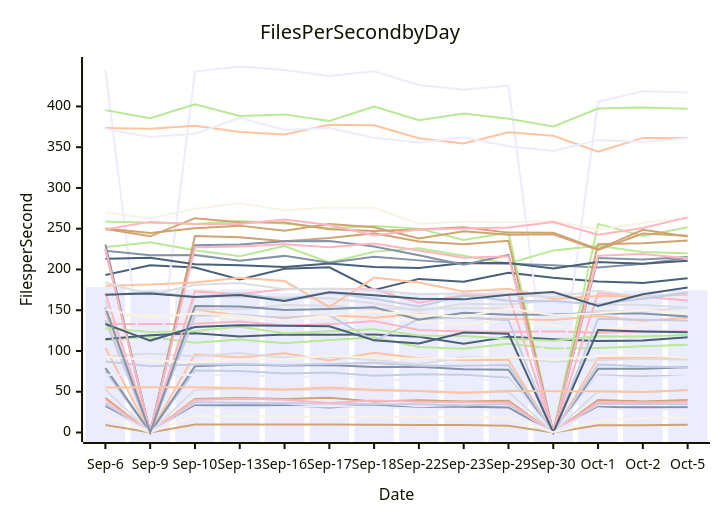
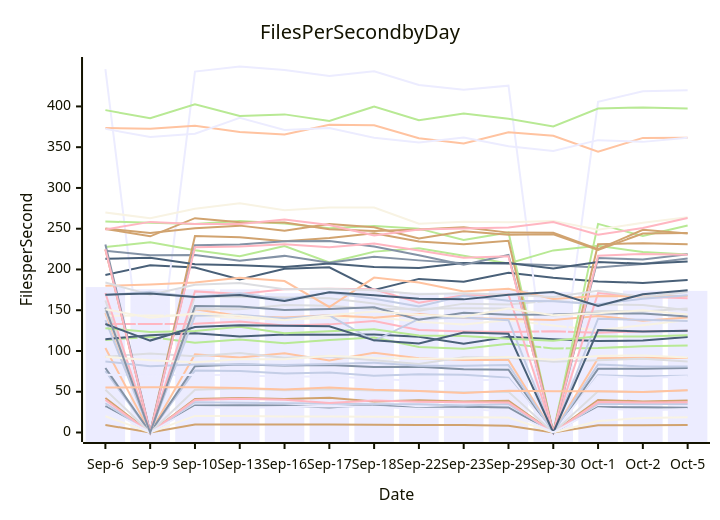
The diagram in perf-report.md (streetsidesoftware/cspell), drawn with Mermaid before and after one commit. The commit also changed other lines of this file and 1 other file, not shown here.

````diff
--- a/perf-report.md
+++ b/perf-report.md
@@ -10,56 +10,56 @@
 ```mermaid
 xychart-beta
     title Files Per Second by Day
     y-axis Files per Second
     x-axis Date [Sep-6, Sep-9, Sep-10, Sep-13, Sep-16, Sep-17, Sep-18, Sep-22, Sep-23, Sep-29, Sep-30, Oct-1, Oct-2, Oct-5]
-    bar [178.38, 175.73, 175.70, 175.56, 170.99, 174.42, 176.15, 171.49, 170.60, 174.68, 172.58, 170.62, 174.06, 174.48]
-    line [32.39, 0.00, 33.27, 33.48, 33.18, 30.65, 34.02, 29.87, 31.63, 30.68, 0.00, 31.32, 30.89, 31.02]
-    line [103.61, 0.00, 95.82, 91.96, 97.25, 88.47, 97.89, 91.06, 89.08, 89.06, 0.00, 90.96, 91.55, 90.80]
-    line [162.00, 0.00, 166.81, 166.56, 165.69, 164.68, 158.25, 149.51, 158.09, 156.96, 161.98, 156.93, 156.41, 153.42]
-    line [113.59, 117.23, 110.00, 114.04, 109.51, 113.51, 116.46, 104.81, 102.79, 108.89, 103.13, 103.52, 105.79, 107.59]
-    line [42.33, 0.00, 41.15, 42.24, 41.01, 42.53, 38.05, 39.43, 38.14, 38.94, 0.00, 39.96, 38.12, 39.88]
-    line [75.33, 0.00, 76.18, 75.30, 72.34, 73.59, 69.54, 71.59, 70.97, 67.35, 0.00, 70.29, 68.90, 69.52]
-    line [133.16, 133.12, 133.37, 136.08, 131.30, 132.64, 136.81, 125.88, 123.97, 123.26, 124.35, 122.36, 124.05, 124.16]
-    line [193.18, 205.21, 202.42, 187.59, 200.94, 202.64, 174.86, 188.42, 184.98, 195.97, 189.74, 185.35, 183.52, 189.11]
-    line [143.33, 143.38, 143.55, 140.59, 138.57, 140.62, 141.72, 135.93, 132.42, 137.90, 131.39, 125.40, 131.62, 136.38]
-    line [445.82, 0.00, 442.79, 448.98, 444.77, 437.29, 443.15, 426.39, 420.42, 425.42, 0.00, 405.76, 418.50, 416.96]
-    line [79.19, 0.00, 81.30, 83.34, 82.19, 82.78, 80.29, 80.65, 77.47, 76.93, 0.00, 78.07, 78.18, 79.98]
-    line [146.70, 0.00, 151.25, 142.95, 141.14, 143.95, 140.92, 145.29, 140.59, 139.11, 138.01, 142.88, 137.23, 140.86]
-    line [149.88, 0.00, 151.49, 151.06, 156.36, 155.63, 151.63, 151.94, 152.50, 152.06, 143.32, 149.19, 148.32, 153.34]
-    line [227.50, 233.38, 223.69, 216.25, 228.77, 208.66, 221.89, 226.09, 216.90, 207.46, 223.39, 229.16, 221.30, 219.85]
-    line [9.30, 0.00, 9.85, 9.67, 9.68, 9.92, 9.37, 9.23, 9.26, 8.29, 0.00, 8.90, 8.75, 9.51]
-    line [35.85, 0.00, 37.06, 36.42, 35.98, 35.70, 34.54, 34.55, 33.11, 34.81, 0.00, 35.17, 34.81, 34.60]
-    line [39.85, 0.00, 39.94, 41.26, 40.08, 36.34, 39.18, 37.74, 37.18, 36.89, 0.00, 37.27, 36.89, 37.61]
-    line [114.54, 119.33, 121.78, 117.69, 120.09, 120.05, 120.31, 117.43, 109.01, 117.33, 114.51, 112.29, 112.71, 116.87]
-    line [19.98, 0.00, 20.38, 20.10, 19.75, 19.58, 19.44, 18.99, 18.71, 18.44, 0.00, 13.99, 17.93, 18.39]
-    line [70.80, 70.10, 70.83, 70.27, 68.51, 69.01, 65.91, 63.15, 63.41, 65.35, 0.00, 69.02, 66.69, 69.35]
-    line [223.08, 217.30, 217.60, 210.80, 216.66, 208.33, 215.69, 211.15, 207.60, 206.93, 205.06, 202.44, 206.85, 213.92]
-    line [373.63, 372.65, 376.36, 368.52, 365.71, 377.56, 376.77, 361.09, 354.59, 368.19, 364.07, 344.36, 361.41, 361.37]
-    line [92.85, 96.99, 93.46, 97.52, 91.70, 93.14, 88.50, 84.12, 92.41, 91.76, 86.84, 88.64, 90.41, 89.19]
-    line [258.89, 257.30, 255.86, 259.52, 256.30, 250.62, 253.31, 250.10, 236.21, 245.48, 0.00, 255.93, 241.02, 251.90]
-    line [224.39, 0.00, 241.04, 239.64, 234.60, 238.64, 244.36, 234.31, 230.98, 235.16, 0.00, 230.90, 232.18, 235.42]
-    line [137.86, 0.00, 143.10, 144.41, 139.70, 143.74, 112.39, 139.33, 141.10, 137.72, 0.00, 139.61, 138.23, 137.05]
-    line [171.06, 0.00, 173.10, 169.76, 175.73, 176.36, 175.75, 159.14, 168.41, 169.31, 0.00, 170.99, 166.63, 161.83]
-    line [213.00, 214.26, 206.28, 205.22, 203.09, 207.23, 202.88, 201.82, 207.79, 207.90, 201.29, 209.19, 206.95, 210.63]
-    line [269.85, 262.88, 274.40, 281.31, 272.54, 275.91, 275.97, 256.03, 258.54, 258.01, 259.58, 248.67, 257.34, 262.71]
-    line [372.46, 362.58, 366.57, 385.92, 371.23, 373.66, 361.57, 355.78, 361.81, 351.17, 345.43, 358.65, 356.52, 360.93]
-    line [230.54, 0.00, 229.61, 230.62, 234.72, 234.92, 228.04, 217.32, 205.66, 217.69, 0.00, 214.10, 212.26, 215.16]
-    line [179.93, 181.55, 184.12, 189.95, 185.74, 153.97, 189.99, 184.11, 172.95, 176.46, 163.78, 167.39, 166.94, 169.14]
-    line [52.52, 0.00, 52.32, 54.12, 51.77, 53.09, 51.40, 50.85, 49.44, 50.07, 0.00, 50.63, 49.63, 51.90]
-    line [127.89, 123.29, 124.49, 129.64, 121.66, 124.08, 126.72, 119.08, 118.45, 114.87, 112.49, 118.05, 117.81, 119.67]
-    line [249.77, 240.66, 262.89, 257.78, 257.49, 249.43, 247.25, 248.88, 251.75, 245.20, 245.06, 224.85, 248.59, 240.33]
-    line [87.14, 81.35, 83.34, 83.78, 82.79, 83.96, 85.57, 82.01, 81.81, 82.67, 0.00, 83.49, 80.99, 79.77]
-    line [224.81, 0.00, 227.34, 228.09, 230.87, 227.16, 231.88, 223.22, 214.31, 216.24, 0.00, 216.91, 219.11, 213.62]
-    line [133.03, 112.77, 129.44, 131.63, 130.97, 130.22, 113.06, 109.25, 122.56, 121.09, 0.00, 125.59, 123.97, 122.93]
-    line [92.88, 88.59, 86.05, 89.85, 89.86, 94.27, 91.54, 90.45, 90.71, 92.55, 89.39, 93.96, 94.53, 91.81]
-    line [30.04, 0.00, 31.22, 29.93, 31.17, 32.23, 31.60, 29.23, 29.18, 25.62, 0.00, 29.72, 27.11, 28.47]
-    line [153.19, 0.00, 155.03, 154.46, 150.27, 151.44, 153.53, 138.23, 146.78, 144.54, 144.66, 146.29, 145.95, 142.36]
-    line [55.22, 55.40, 55.63, 54.54, 52.86, 55.21, 52.35, 50.94, 48.45, 51.30, 50.59, 50.58, 49.72, 52.10]
-    line [183.91, 169.15, 181.18, 183.51, 175.60, 176.44, 174.39, 169.65, 170.91, 168.95, 166.28, 173.86, 166.13, 171.63]
-    line [395.48, 385.49, 402.68, 388.38, 390.24, 382.26, 399.81, 383.04, 391.20, 384.82, 375.34, 397.41, 398.74, 397.26]
-    line [250.38, 244.75, 250.69, 253.77, 247.48, 255.65, 251.83, 237.98, 246.89, 242.54, 243.09, 224.03, 244.08, 241.32]
-    line [168.54, 172.61, 166.17, 170.88, 163.08, 171.82, 163.97, 154.58, 167.67, 161.60, 161.14, 157.44, 164.03, 171.87]
-    line [249.11, 258.37, 255.88, 255.75, 261.30, 254.48, 241.79, 249.14, 250.28, 251.57, 258.18, 242.58, 250.83, 263.87]
-    line [168.98, 170.63, 166.15, 168.68, 161.23, 172.09, 168.48, 164.20, 163.31, 169.03, 172.29, 155.24, 169.60, 177.78]
-    line [151.08, 140.90, 145.94, 143.19, 137.67, 143.95, 148.30, 144.49, 142.14, 152.04, 143.84, 146.29, 149.93, 145.80]
+    bar [178.38, 175.73, 175.70, 175.56, 170.99, 174.42, 176.15, 171.49, 170.60, 174.68, 172.58, 170.62, 174.06, 173.76]
+    line [32.39, 0.00, 33.27, 33.48, 33.18, 30.65, 34.02, 29.87, 31.63, 30.68, 0.00, 31.32, 30.89, 30.33]
+    line [103.61, 0.00, 95.82, 91.96, 97.25, 88.47, 97.89, 91.06, 89.08, 89.06, 0.00, 90.96, 91.55, 91.45]
+    line [162.00, 0.00, 166.81, 166.56, 165.69, 164.68, 158.25, 149.51, 158.09, 156.96, 161.98, 156.93, 156.41, 149.87]
+    line [113.59, 117.23, 110.00, 114.04, 109.51, 113.51, 116.46, 104.81, 102.79, 108.89, 103.13, 103.52, 105.79, 106.73]
+    line [42.33, 0.00, 41.15, 42.24, 41.01, 42.53, 38.05, 39.43, 38.14, 38.94, 0.00, 39.96, 38.12, 39.36]
+    line [75.33, 0.00, 76.18, 75.30, 72.34, 73.59, 69.54, 71.59, 70.97, 67.35, 0.00, 70.29, 68.90, 69.72]
+    line [133.16, 133.12, 133.37, 136.08, 131.30, 132.64, 136.81, 125.88, 123.97, 123.26, 124.35, 122.36, 124.05, 124.82]
+    line [193.18, 205.21, 202.42, 187.59, 200.94, 202.64, 174.86, 188.42, 184.98, 195.97, 189.74, 185.35, 183.52, 187.14]
+    line [143.33, 143.38, 143.55, 140.59, 138.57, 140.62, 141.72, 135.93, 132.42, 137.90, 131.39, 125.40, 131.62, 137.96]
+    line [445.82, 0.00, 442.79, 448.98, 444.77, 437.29, 443.15, 426.39, 420.42, 425.42, 0.00, 405.76, 418.50, 419.89]
+    line [79.19, 0.00, 81.30, 83.34, 82.19, 82.78, 80.29, 80.65, 77.47, 76.93, 0.00, 78.07, 78.18, 79.10]
+    line [146.70, 0.00, 151.25, 142.95, 141.14, 143.95, 140.92, 145.29, 140.59, 139.11, 138.01, 142.88, 137.23, 141.05]
+    line [149.88, 0.00, 151.49, 151.06, 156.36, 155.63, 151.63, 151.94, 152.50, 152.06, 143.32, 149.19, 148.32, 152.02]
+    line [227.50, 233.38, 223.69, 216.25, 228.77, 208.66, 221.89, 226.09, 216.90, 207.46, 223.39, 229.16, 221.30, 218.51]
+    line [9.30, 0.00, 9.85, 9.67, 9.68, 9.92, 9.37, 9.23, 9.26, 8.29, 0.00, 8.90, 8.75, 9.30]
+    line [35.85, 0.00, 37.06, 36.42, 35.98, 35.70, 34.54, 34.55, 33.11, 34.81, 0.00, 35.17, 34.81, 34.91]
+    line [39.85, 0.00, 39.94, 41.26, 40.08, 36.34, 39.18, 37.74, 37.18, 36.89, 0.00, 37.27, 36.89, 37.25]
+    line [114.54, 119.33, 121.78, 117.69, 120.09, 120.05, 120.31, 117.43, 109.01, 117.33, 114.51, 112.29, 112.71, 117.07]
+    line [19.98, 0.00, 20.38, 20.10, 19.75, 19.58, 19.44, 18.99, 18.71, 18.44, 0.00, 13.99, 17.93, 18.69]
+    line [70.80, 70.10, 70.83, 70.27, 68.51, 69.01, 65.91, 63.15, 63.41, 65.35, 0.00, 69.02, 66.69, 69.13]
+    line [223.08, 217.30, 217.60, 210.80, 216.66, 208.33, 215.69, 211.15, 207.60, 206.93, 205.06, 202.44, 206.85, 213.52]
+    line [373.63, 372.65, 376.36, 368.52, 365.71, 377.56, 376.77, 361.09, 354.59, 368.19, 364.07, 344.36, 361.41, 361.68]
+    line [92.85, 96.99, 93.46, 97.52, 91.70, 93.14, 88.50, 84.12, 92.41, 91.76, 86.84, 88.64, 90.41, 87.11]
+    line [258.89, 257.30, 255.86, 259.52, 256.30, 250.62, 253.31, 250.10, 236.21, 245.48, 0.00, 255.93, 241.02, 253.94]
+    line [224.39, 0.00, 241.04, 239.64, 234.60, 238.64, 244.36, 234.31, 230.98, 235.16, 0.00, 230.90, 232.18, 230.80]
+    line [137.86, 0.00, 143.10, 144.41, 139.70, 143.74, 112.39, 139.33, 141.10, 137.72, 0.00, 139.61, 138.23, 136.68]
+    line [171.06, 0.00, 173.10, 169.76, 175.73, 176.36, 175.75, 159.14, 168.41, 169.31, 0.00, 170.99, 166.63, 164.65]
+    line [213.00, 214.26, 206.28, 205.22, 203.09, 207.23, 202.88, 201.82, 207.79, 207.90, 201.29, 209.19, 206.95, 209.81]
+    line [269.85, 262.88, 274.40, 281.31, 272.54, 275.91, 275.97, 256.03, 258.54, 258.01, 259.58, 248.67, 257.34, 264.03]
+    line [372.46, 362.58, 366.57, 385.92, 371.23, 373.66, 361.57, 355.78, 361.81, 351.17, 345.43, 358.65, 356.52, 361.50]
+    line [230.54, 0.00, 229.61, 230.62, 234.72, 234.92, 228.04, 217.32, 205.66, 217.69, 0.00, 214.10, 212.26, 218.65]
+    line [179.93, 181.55, 184.12, 189.95, 185.74, 153.97, 189.99, 184.11, 172.95, 176.46, 163.78, 167.39, 166.94, 167.31]
+    line [52.52, 0.00, 52.32, 54.12, 51.77, 53.09, 51.40, 50.85, 49.44, 50.07, 0.00, 50.63, 49.63, 51.74]
+    line [127.89, 123.29, 124.49, 129.64, 121.66, 124.08, 126.72, 119.08, 118.45, 114.87, 112.49, 118.05, 117.81, 119.24]
+    line [249.77, 240.66, 262.89, 257.78, 257.49, 249.43, 247.25, 248.88, 251.75, 245.20, 245.06, 224.85, 248.59, 243.98]
+    line [87.14, 81.35, 83.34, 83.78, 82.79, 83.96, 85.57, 82.01, 81.81, 82.67, 0.00, 83.49, 80.99, 81.07]
+    line [224.81, 0.00, 227.34, 228.09, 230.87, 227.16, 231.88, 223.22, 214.31, 216.24, 0.00, 216.91, 219.11, 218.12]
+    line [133.03, 112.77, 129.44, 131.63, 130.97, 130.22, 113.06, 109.25, 122.56, 121.09, 0.00, 125.59, 123.97, 124.90]
+    line [92.88, 88.59, 86.05, 89.85, 89.86, 94.27, 91.54, 90.45, 90.71, 92.55, 89.39, 93.96, 94.53, 91.86]
+    line [30.04, 0.00, 31.22, 29.93, 31.17, 32.23, 31.60, 29.23, 29.18, 25.62, 0.00, 29.72, 27.11, 28.75]
+    line [153.19, 0.00, 155.03, 154.46, 150.27, 151.44, 153.53, 138.23, 146.78, 144.54, 144.66, 146.29, 145.95, 142.41]
+    line [55.22, 55.40, 55.63, 54.54, 52.86, 55.21, 52.35, 50.94, 48.45, 51.30, 50.59, 50.58, 49.72, 51.81]
+    line [183.91, 169.15, 181.18, 183.51, 175.60, 176.44, 174.39, 169.65, 170.91, 168.95, 166.28, 173.86, 166.13, 172.49]
+    line [395.48, 385.49, 402.68, 388.38, 390.24, 382.26, 399.81, 383.04, 391.20, 384.82, 375.34, 397.41, 398.74, 397.51]
+    line [250.38, 244.75, 250.69, 253.77, 247.48, 255.65, 251.83, 237.98, 246.89, 242.54, 243.09, 224.03, 244.08, 244.73]
+    line [168.54, 172.61, 166.17, 170.88, 163.08, 171.82, 163.97, 154.58, 167.67, 161.60, 161.14, 157.44, 164.03, 168.37]
+    line [249.11, 258.37, 255.88, 255.75, 261.30, 254.48, 241.79, 249.14, 250.28, 251.57, 258.18, 242.58, 250.83, 263.10]
+    line [168.98, 170.63, 166.15, 168.68, 161.23, 172.09, 168.48, 164.20, 163.31, 169.03, 172.29, 155.24, 169.60, 174.57]
+    line [151.08, 140.90, 145.94, 143.19, 137.67, 143.95, 148.30, 144.49, 142.14, 152.04, 143.84, 146.29, 149.93, 144.74]
 ```
````
